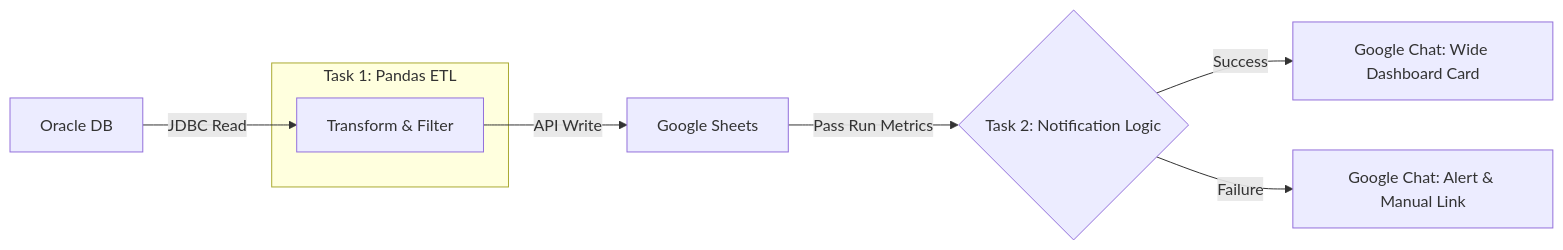
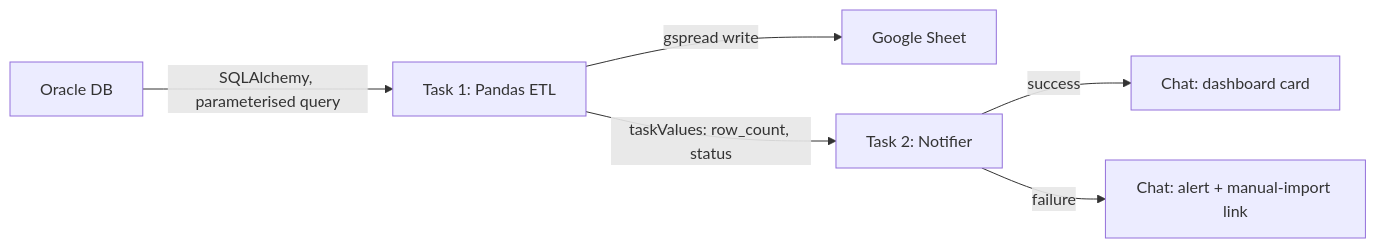
One commit to Hari-prasanna/work-prod-projects changed the diagram in prod-projects/databricks-pipelines/oracle-to-looker-etl/README.md. Above: the diagram before and after it, drawn with Mermaid. The commit also changed other lines of this file and 46 other files, not shown here.

````diff
--- a/prod-projects/databricks-pipelines/oracle-to-looker-etl/README.md
+++ b/prod-projects/databricks-pipelines/oracle-to-looker-etl/README.md
@@ -26,13 +15,8 @@
 ```mermaid
 graph LR
-    A[Oracle DB] -->|JDBC Read| B
-    
-    subgraph Task 1: Pandas ETL
-    B[Transform & Filter]
-    end
-    
-    B -->|API Write| C[Google Sheets]
-    C -->|Pass Run Metrics| D{Task 2: Notification Logic}
-    D -->|Success| E[Google Chat: Wide Dashboard Card]
-    D -->|Failure| F[Google Chat: Alert & Manual Link]
+    A[Oracle DB] -->|SQLAlchemy, parameterised query| B[Task 1: Pandas ETL]
+    B -->|gspread write| C[Google Sheet]
+    B -->|taskValues: row_count, status| D[Task 2: Notifier]
+    D -->|success| E[Chat: dashboard card]
+    D -->|failure| F[Chat: alert + manual-import link]
 ```
````
